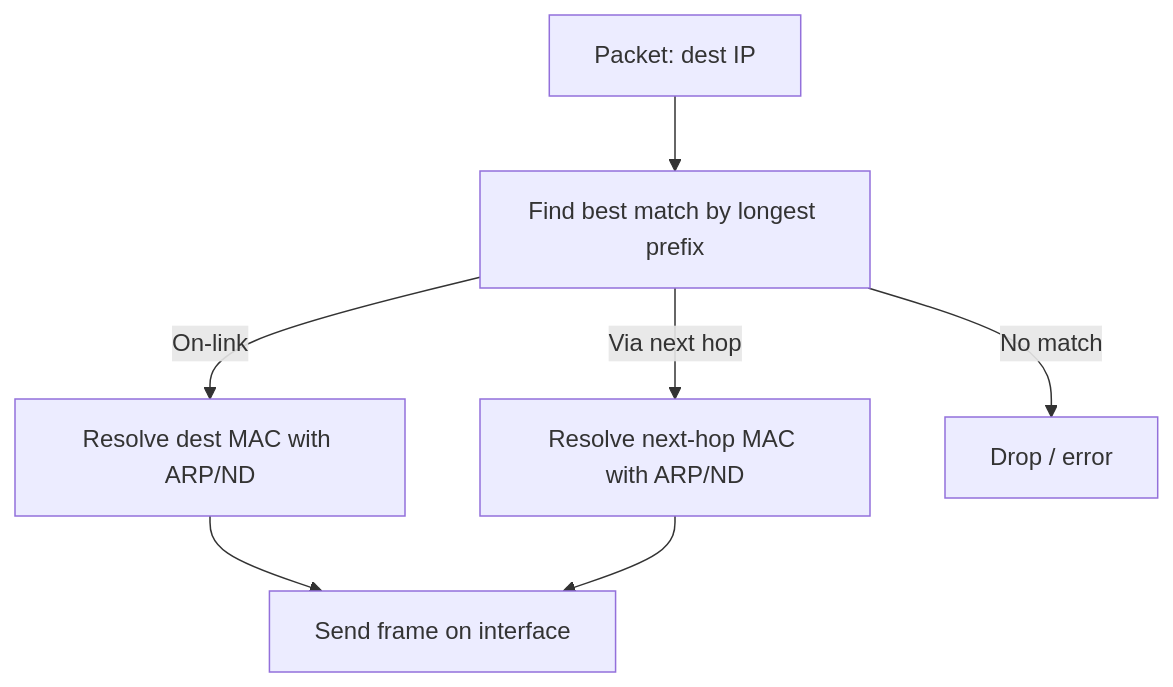
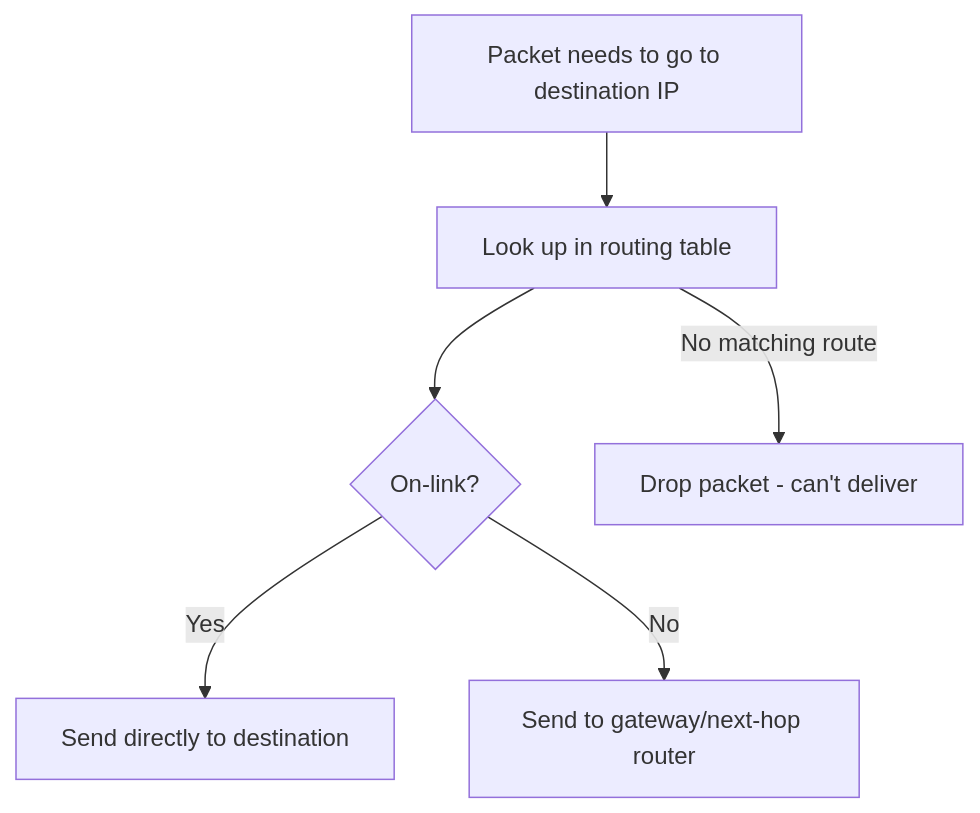
The second of 2 diagrams in 14_routing_ipv6_icmp_diagnostics.md (tkr22777/teaching-kg-574), drawn with Mermaid before and after one commit. The commit also changed other lines of this file and 2 other files, not shown here.

````diff
--- a/14_routing_ipv6_icmp_diagnostics.md
+++ b/14_routing_ipv6_icmp_diagnostics.md
@@ -76,9 +98,8 @@
 ```mermaid
 flowchart TD
-  A[Packet: dest IP] --> B[Find best match by longest prefix]
-  B -->|On-link| C[Resolve dest MAC with ARP/ND]
-  C --> D[Send frame on interface]
-  B -->|Via next hop| E[Resolve next-hop MAC with ARP/ND]
-  E --> D
-  B -->|No match| F[Drop / error]
+  A[Packet needs to go to destination IP] --> B[Look up in routing table]
+  B --> C{On-link?}
+  C -->|Yes| D[Send directly to destination]
+  C -->|No| E[Send to gateway/next-hop router]
+  B -->|No matching route| F[Drop packet - can't deliver]
 ```
````
